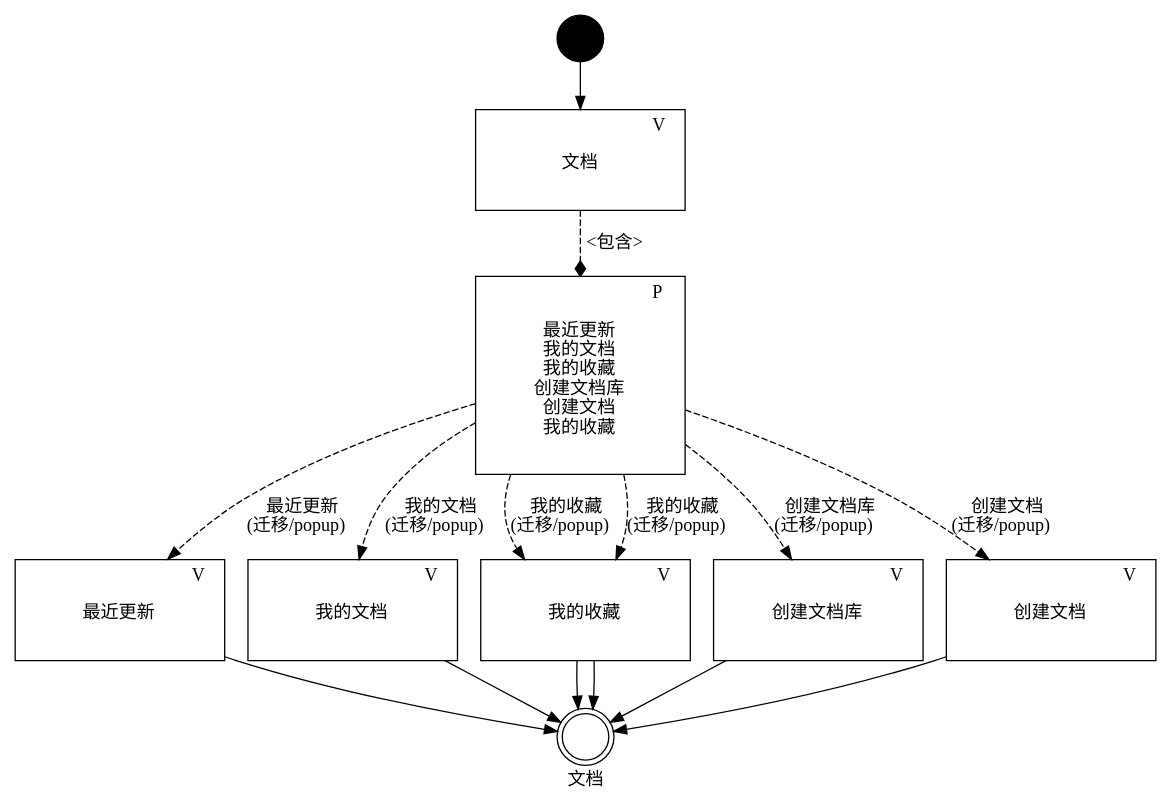
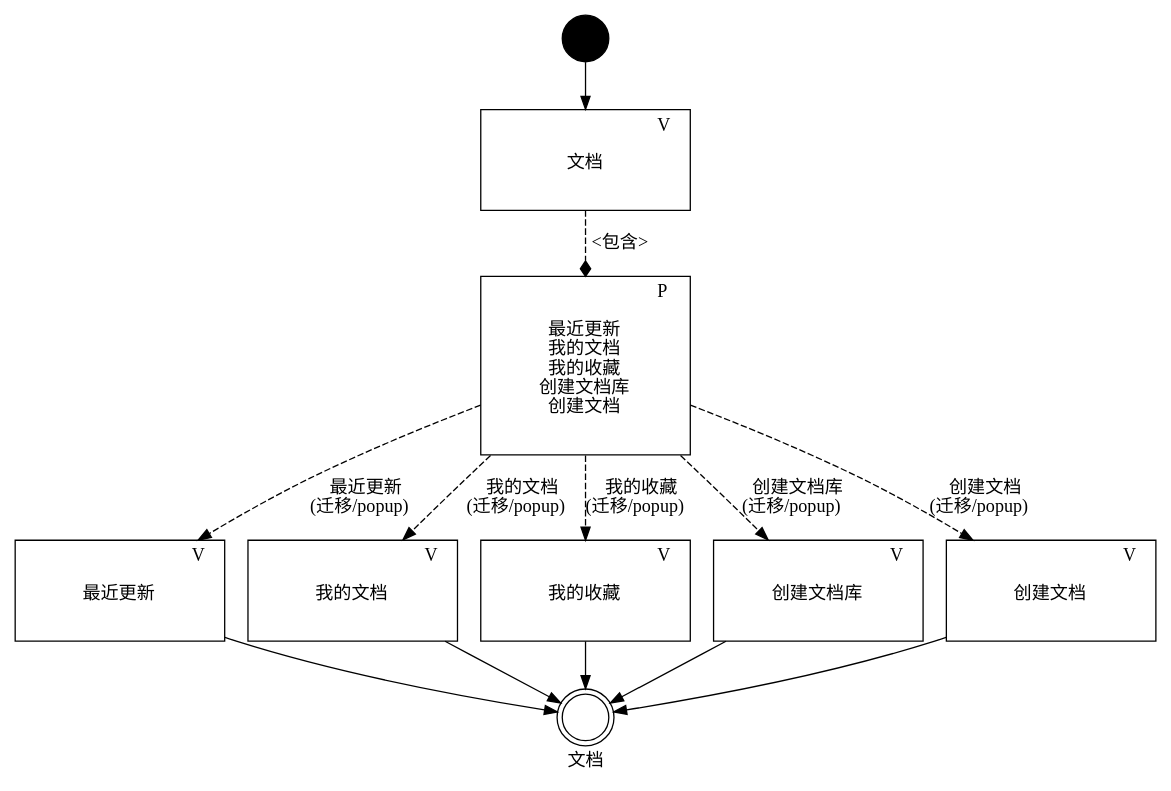
Before and after one commit to zj335841911/nt_chandao: the diagram in ibizpms-docs/src/main/doc/v1/app/web/func/DocLibLibTabExpView.md, drawn with PlantUML. The commit also changed 14 other files, not shown here.

```diff
--- a/ibizpms-docs/src/main/doc/v1/app/web/func/DocLibLibTabExpView.md
+++ b/ibizpms-docs/src/main/doc/v1/app/web/func/DocLibLibTabExpView.md
@@ -36,7 +36,6 @@
 我的收藏<BR/>
 创建文档库<BR/>
 创建文档<BR/>
-我的收藏<BR/>
 <BR/></TD>
 </TR>
 </TABLE>
@@ -108,19 +107,6 @@
 
 
 
-MyFavouriteQuickAccess [shape=none, margin=0, label=<
-<TABLE WIDTH="150" BORDER="1" CELLBORDER="1" >
-<TR>
-<TD WIDTH="115" BORDER="0" COLSPAN="3"></TD><TD WIDTH="35" BORDER="0">V</TD>
-</TR>
-<TR>
-<TD BORDER="0" COLSPAN="4" CELLPADDING="10">我的收藏<BR/><BR/></TD>
-</TR>
-</TABLE>
->];
-
-
-
 start -> own ;
 own -> part [style=dashed,arrowhead=diamond,label="<包含>"] ;
 
@@ -155,12 +141,6 @@
 
 
 
-part -> MyFavouriteQuickAccess [style=dashed,label=<我的收藏<BR/>(迁移/popup)>];
-
-MyFavouriteQuickAccess -> end ;
-
-
-
 }
 
 {% endplantuml %}
```
